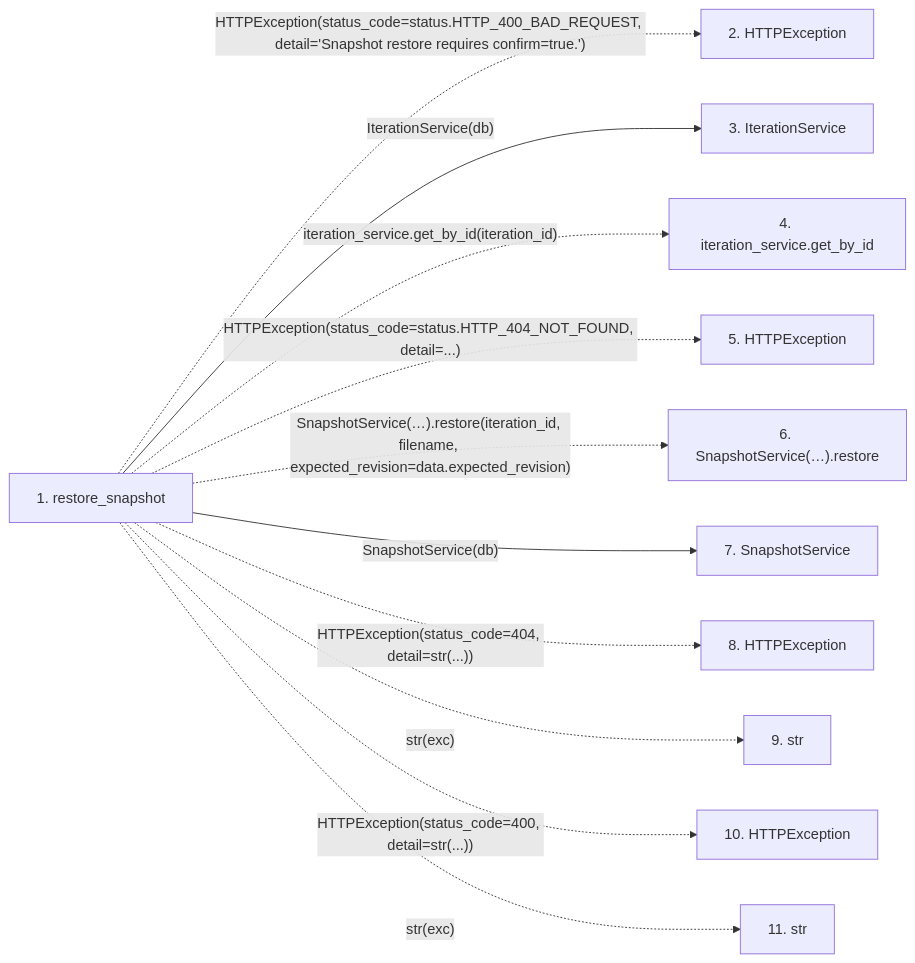
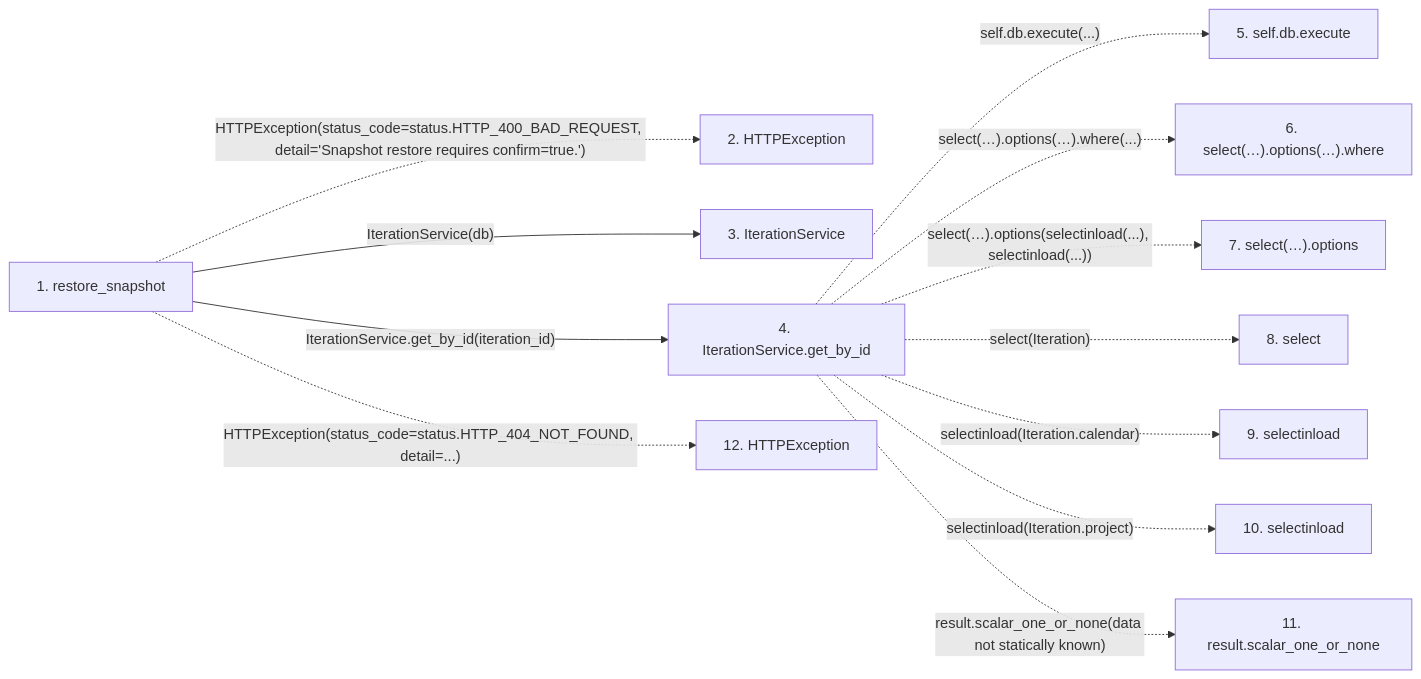
The second of 2 diagrams in docs/llm_wiki/flows/http-restore_snapshot.md (Denissvgn/WorkChord), drawn with Mermaid before and after one commit. The commit also changed other lines of this file and 25171 other files, not shown here.

````diff
--- a/docs/llm_wiki/flows/http-restore_snapshot.md
+++ b/docs/llm_wiki/flows/http-restore_snapshot.md
@@ -34,27 +81,29 @@
 ```mermaid
 flowchart LR
     s1["1. restore_snapshot"]
     s2["2. HTTPException"]
     s3["3. IterationService"]
-    s4["4. iteration_service.get_by_id"]
-    s5["5. HTTPException"]
-    s6["6. SnapshotService(…).restore"]
-    s7["7. SnapshotService"]
-    s8["8. HTTPException"]
-    s9["9. str"]
-    s10["10. HTTPException"]
-    s11["11. str"]
+    s4["4. IterationService.get_by_id"]
+    s5["5. self.db.execute"]
+    s6["6. select(…).options(…).where"]
+    s7["7. select(…).options"]
+    s8["8. select"]
+    s9["9. selectinload"]
+    s10["10. selectinload"]
+    s11["11. result.scalar_one_or_none"]
+    s12["12. HTTPException"]
     s1 -. "HTTPException(status_code=status.HTTP_400_BAD_REQUEST, detail='Snapshot restore requires confirm=true.')" .-> s2
     s1 -->|"IterationService(db)"| s3
-    s1 -. "iteration_service.get_by_id(iteration_id)" .-> s4
-    s1 -. "HTTPException(status_code=status.HTTP_404_NOT_FOUND, detail=...)" .-> s5
-    s1 -. "SnapshotService(…).restore(iteration_id, filename, expected_revision=data.expected_revision)" .-> s6
-    s1 -->|"SnapshotService(db)"| s7
-    s1 -. "HTTPException(status_code=404, detail=str(...))" .-> s8
-    s1 -. "str(exc)" .-> s9
-    s1 -. "HTTPException(status_code=400, detail=str(...))" .-> s10
-    s1 -. "str(exc)" .-> s11
+    s1 -->|"IterationService.get_by_id(iteration_id)"| s4
+    s4 -. "self.db.execute(...)" .-> s5
+    s4 -. "select(…).options(…).where(...)" .-> s6
+    s4 -. "select(…).options(selectinload(...), selectinload(...))" .-> s7
+    s4 -. "select(Iteration)" .-> s8
+    s4 -. "selectinload(Iteration.calendar)" .-> s9
+    s4 -. "selectinload(Iteration.project)" .-> s10
+    s4 -. "result.scalar_one_or_none(data not statically known)" .-> s11
+    s1 -. "HTTPException(status_code=status.HTTP_404_NOT_FOUND, detail=...)" .-> s12
     click s1 "../modules/snapshots.md"
     click s3 "../modules/iteration_service.md"
-    click s7 "../modules/snapshot_service.md"
+    click s4 "../modules/iteration_service.md"
 ```
````
